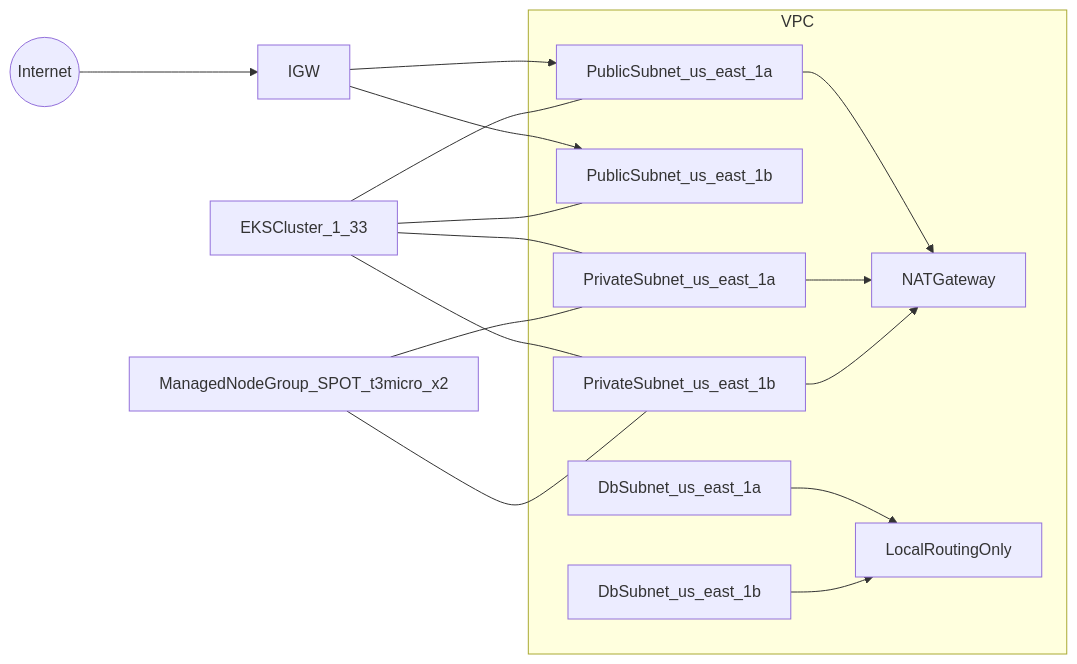
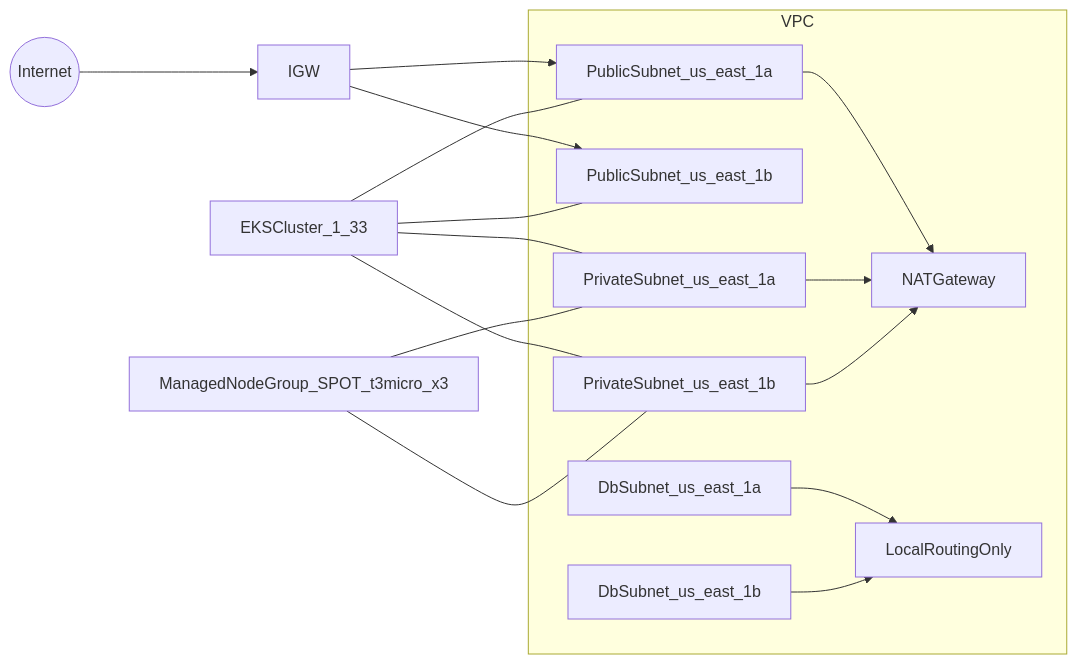
Before and after one commit to rgtrovao/portfolio: the diagram in README.md, drawn with Mermaid. The commit also changed other lines of this file and 23 other files, not shown here.

````diff
--- a/README.md
+++ b/README.md
@@ -21,27 +22,27 @@
 ```mermaid
 flowchart LR
   Internet((Internet)) --> IGW
   IGW --> PublicA
   IGW --> PublicB
   PublicA --> NatGw
   PrivateA --> NatGw
   PrivateB --> NatGw
   DbA --> LocalOnly
   DbB --> LocalOnly
   subgraph VPC[VPC]
     PublicA[PublicSubnet_us_east_1a]
     PublicB[PublicSubnet_us_east_1b]
     PrivateA[PrivateSubnet_us_east_1a]
     PrivateB[PrivateSubnet_us_east_1b]
     DbA[DbSubnet_us_east_1a]
     DbB[DbSubnet_us_east_1b]
     NatGw[NATGateway]
     LocalOnly[LocalRoutingOnly]
   end
   EKS[EKSCluster_1_33] --- PublicA
   EKS --- PublicB
   EKS --- PrivateA
   EKS --- PrivateB
-  NodeGroup[ManagedNodeGroup_SPOT_t3micro_x2] --- PrivateA
+  NodeGroup[ManagedNodeGroup_SPOT_t3micro_x3] --- PrivateA
   NodeGroup --- PrivateB
 ```
````
